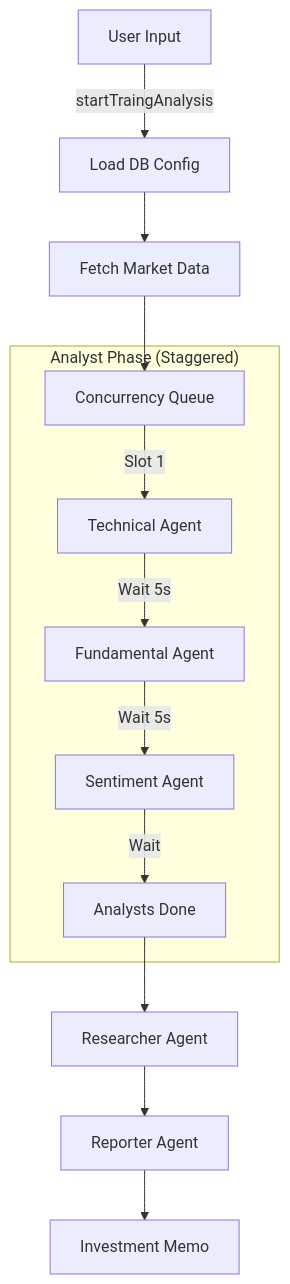
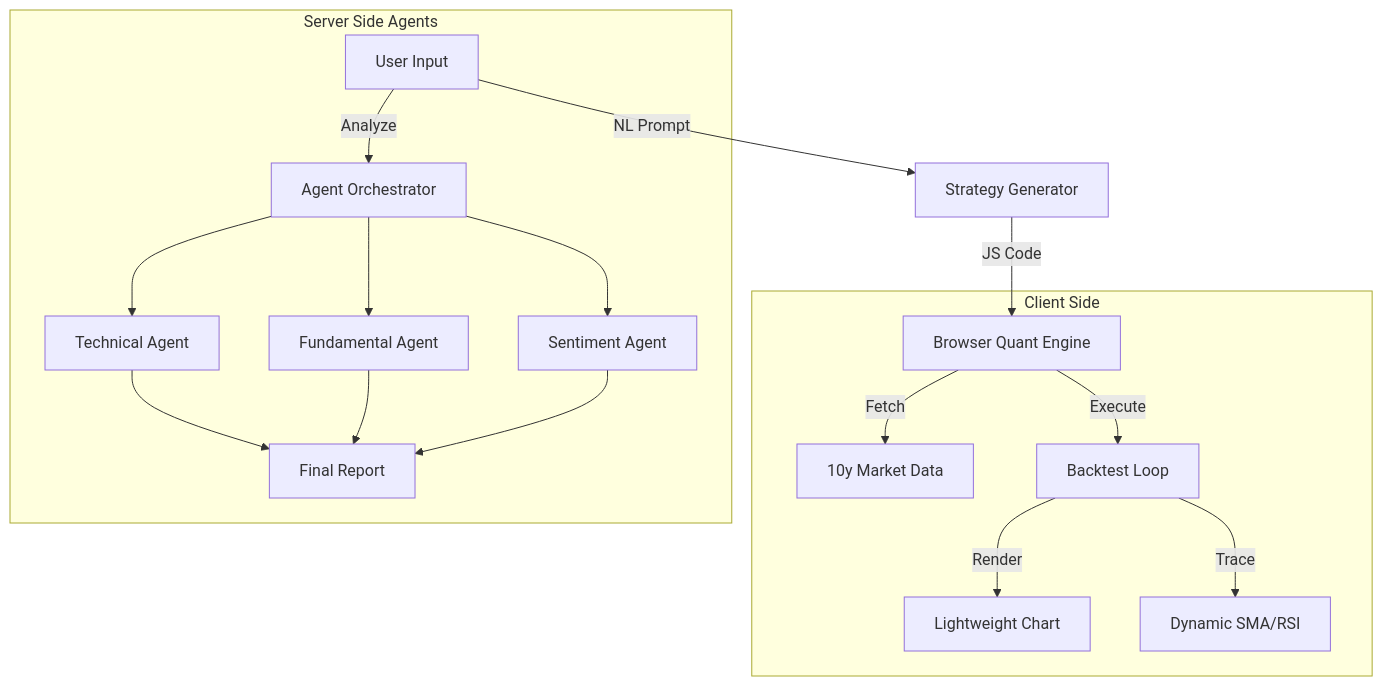
The diagram in README.md (wu55246842/us-finance-rss), drawn with Mermaid before and after one commit. The commit also changed other lines of this file, not shown here.

````diff
--- a/README.md
+++ b/README.md
@@ -72,17 +80,20 @@
 ```mermaid
 graph TD
-    User[User Input] -->|startTraingAnalysis| Config[Load DB Config]
-    Config --> Data[Fetch Market Data]
-    Data --> Queue[Concurrency Queue]
+    User[User Input] -->|NL Prompt| Generator[Strategy Generator]
+    Generator -->|JS Code| ClientEngine[Browser Quant Engine]
     
-    subgraph "Analyst Phase (Staggered)"
-        Queue -->|Slot 1| Tech[Technical Agent]
-        Tech -->|Wait 5s| Fund[Fundamental Agent]
-        Fund -->|Wait 5s| Sent[Sentiment Agent]
-        Sent -->|Wait| Done1[Analysts Done]
+    subgraph "Client Side"
+        ClientEngine -->|Fetch| History[10y Market Data]
+        ClientEngine -->|Execute| Backtest[Backtest Loop]
+        Backtest -->|Render| Chart[Lightweight Chart]
+        Backtest -->|Trace| Indicators[Dynamic SMA/RSI]
     end
     
-    Done1 --> Res[Researcher Agent]
-    Res --> Rep[Reporter Agent]
-    Rep --> Final[Investment Memo]
+    subgraph "Server Side Agents"
+        User -->|Analyze| Orchestrator[Agent Orchestrator]
+        Orchestrator --> Tech[Technical Agent]
+        Orchestrator --> Fund[Fundamental Agent]
+        Orchestrator --> Sent[Sentiment Agent]
+        Tech & Fund & Sent --> Reporter[Final Report]
+    end
 ```
````
